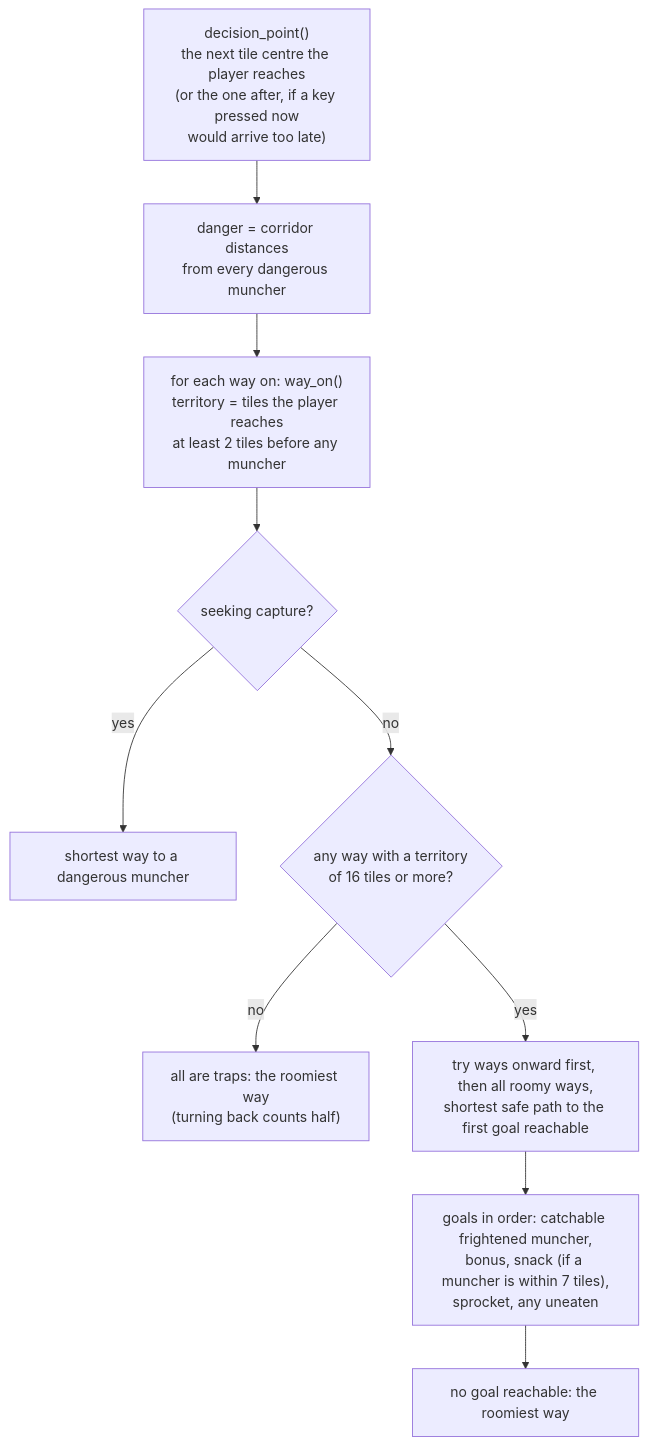
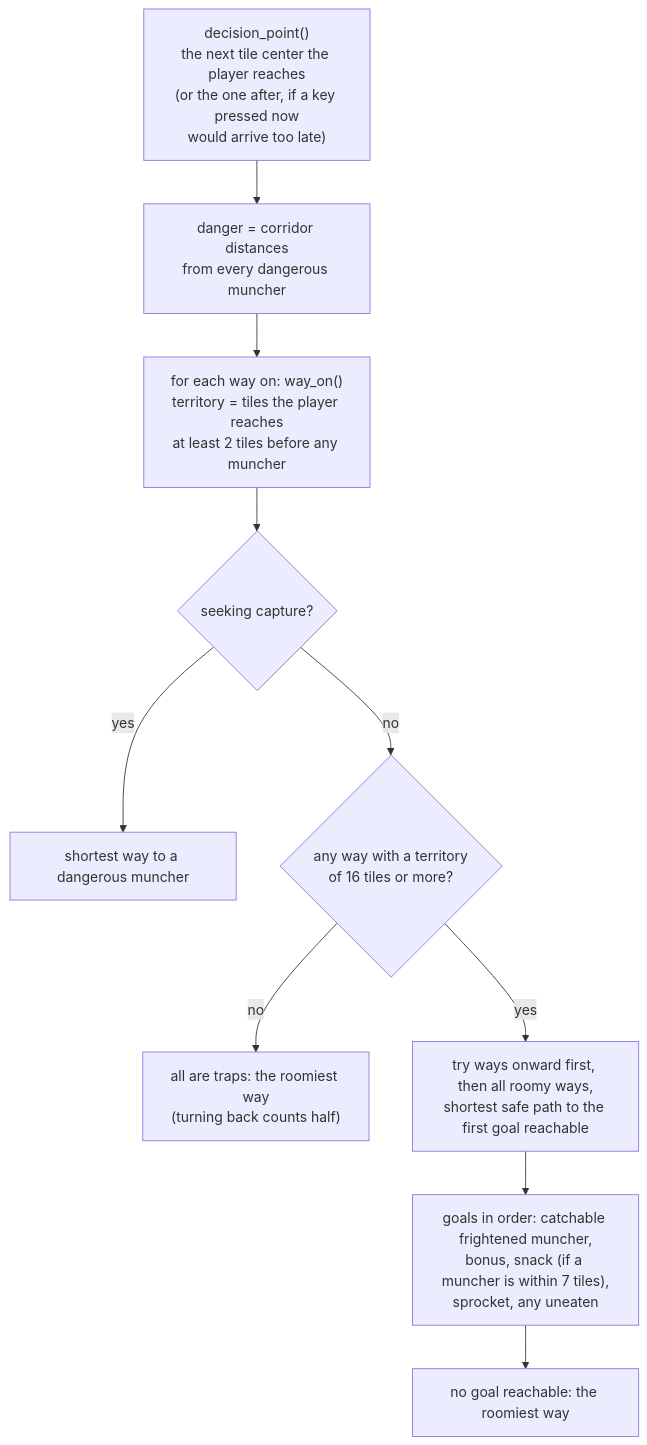
Before and after one commit to terrysimons/glitchygames: the seventh of 7 diagrams in docs/games/mr_muncher.md, drawn with Mermaid. The commit also changed other lines of this file and 25 other files, not shown here.

````diff
--- a/docs/games/mr_muncher.md
+++ b/docs/games/mr_muncher.md
@@ -704,12 +739,12 @@
 ```mermaid
 flowchart TB
-    A["decision_point()<br/>the next tile centre the player reaches<br/>(or the one after, if a key pressed now<br/>would arrive too late)"] --> B["danger = corridor distances<br/>from every dangerous muncher"]
+    A["decision_point()<br/>the next tile center the player reaches<br/>(or the one after, if a key pressed now<br/>would arrive too late)"] --> B["danger = corridor distances<br/>from every dangerous muncher"]
     B --> C["for each way on: way_on()<br/>territory = tiles the player reaches<br/>at least 2 tiles before any muncher"]
     C --> D{"seeking capture?"}
     D -->|yes| X["shortest way to a dangerous muncher"]
     D -->|no| E{"any way with a territory<br/>of 16 tiles or more?"}
     E -->|no| T["all are traps: the roomiest way<br/>(turning back counts half)"]
     E -->|yes| G["try ways onward first, then all roomy ways,<br/>shortest safe path to the first goal reachable"]
     G --> H["goals in order: catchable frightened muncher,<br/>bonus, snack (if a muncher is within 7 tiles),<br/>sprocket, any uneaten"]
     H --> R["no goal reachable: the roomiest way"]
 ```
````
